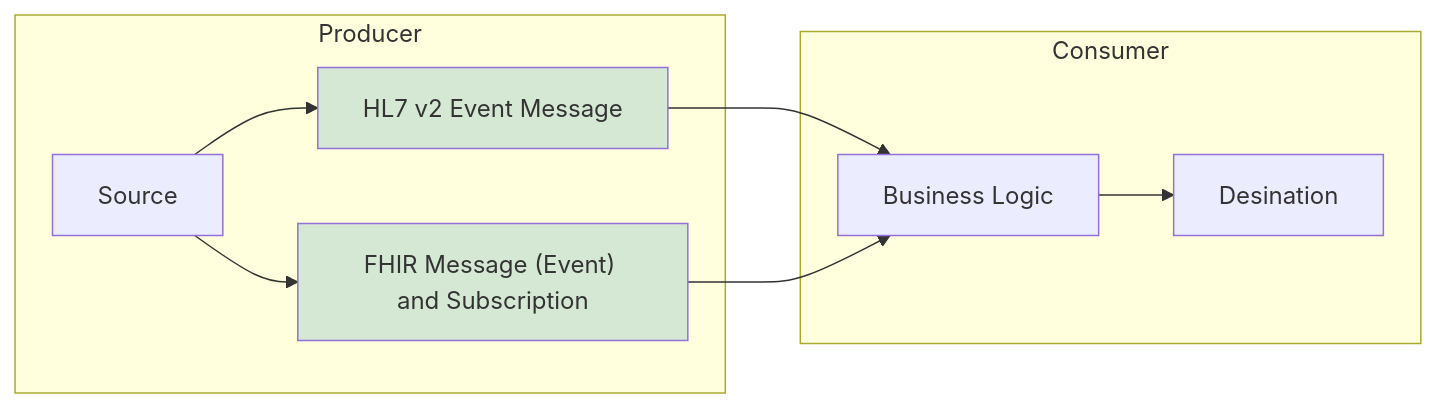
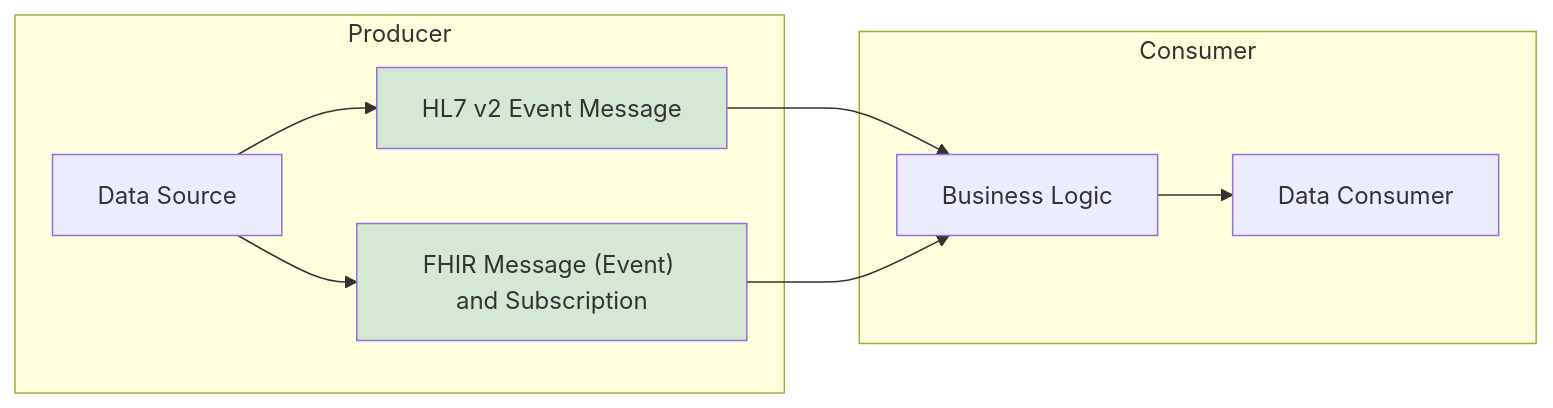
One commit to uk-gov-mirror/nw-gmsa.nw-gmsa.github.com changed the first of 5 diagrams in input/pagecontent/exchange.md. Above: the diagram before and after it, drawn with Mermaid.

Commit message:
Specimen

````diff
--- a/input/pagecontent/exchange.md
+++ b/input/pagecontent/exchange.md
@@ -141,27 +141,27 @@
 ```mermaid
 graph LR;
 
 subgraph Producer;
-    s[Source]
+    s[Data Source]
     s --> v2E
 
     v2E["HL7 v2 Event Message"]
     s --> fEvent["FHIR Message (Event) and Subscription"]
 end 
 
 subgraph Consumer
     B[Business Logic]
-    d[Desination]
+    d[Data Consumer]
     B --> d
 end 
 
 v2E --> B
 fEvent --> B
 
 
 classDef pink fill:#F8CECC
 classDef green fill:#D5E8D4;
 
 
 class restC,v2E,fEvent,Agg green
 ```
````
